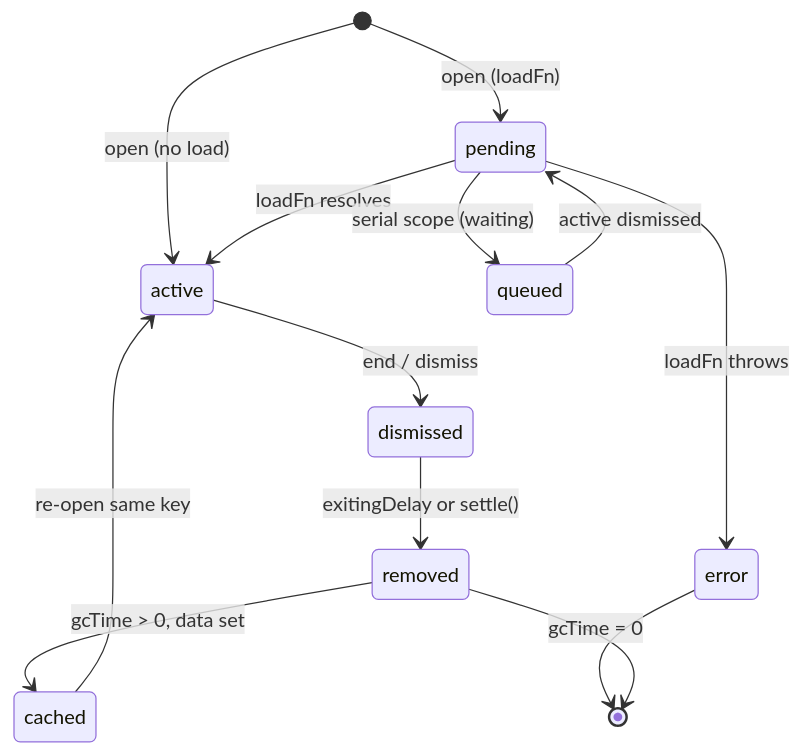
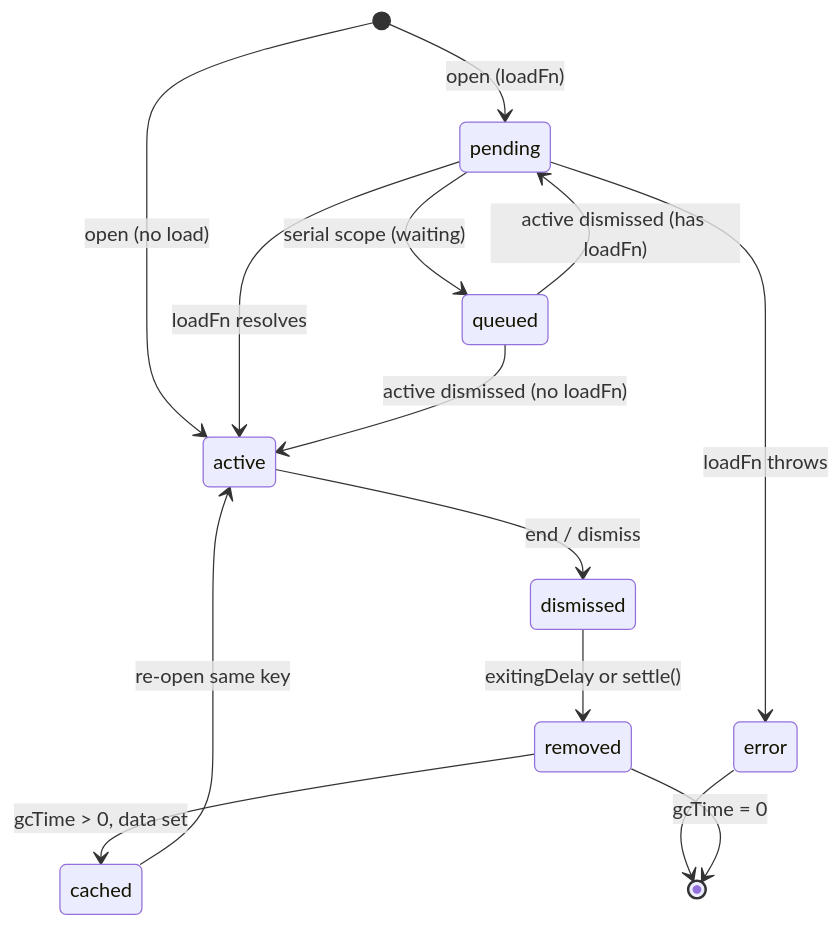
Before and after one commit to stainless-code/layers: the diagram in apps/docs/content/concepts/lifecycle.mdx, drawn with Mermaid. The commit also changed 19 other files, not shown here.

````diff
--- a/apps/docs/content/concepts/lifecycle.mdx
+++ b/apps/docs/content/concepts/lifecycle.mdx
@@ -12,15 +12,16 @@
 ```mermaid
 stateDiagram-v2
     [*] --> pending: open (loadFn)
     [*] --> active: open (no load)
     pending --> active: loadFn resolves
     pending --> error: loadFn throws
     pending --> queued: serial scope (waiting)
-    queued --> pending: active dismissed
+    queued --> pending: active dismissed (has loadFn)
+    queued --> active: active dismissed (no loadFn)
     active --> dismissed: end / dismiss
     dismissed --> removed: exitingDelay or settle()
     removed --> cached: gcTime > 0, data set
     cached --> active: re-open same key
     error --> [*]
     removed --> [*]: gcTime = 0
 ```
````
